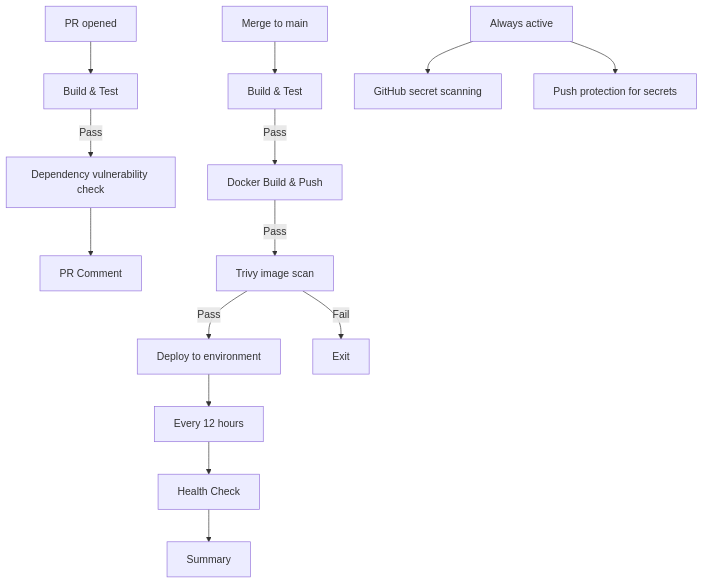
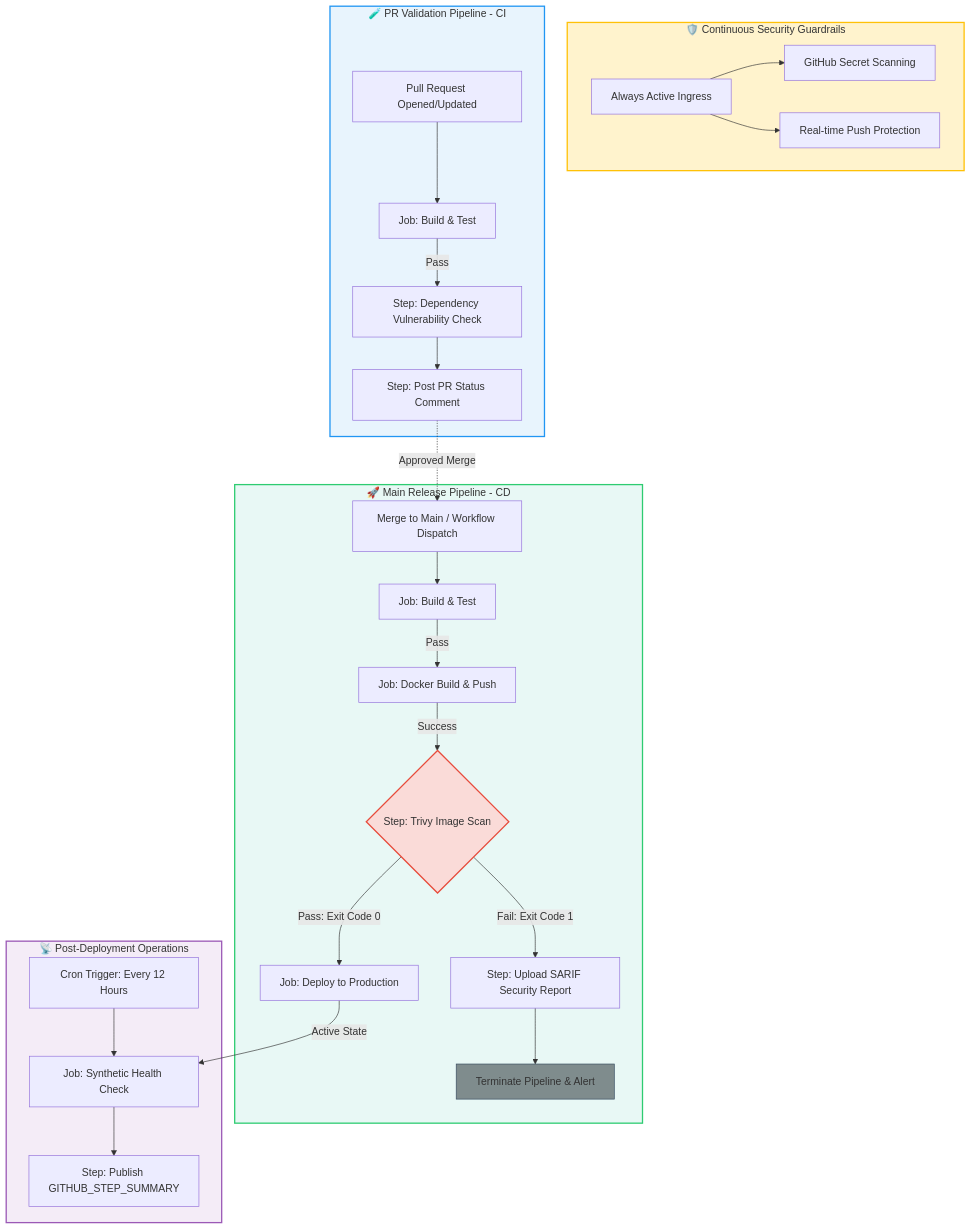
The diagram in 2026/day-49/day-49-devsecops.md (Amit5197/90DaysOfDevOps), drawn with Mermaid before and after one commit.

````diff
--- a/2026/day-49/day-49-devsecops.md
+++ b/2026/day-49/day-49-devsecops.md
@@ -183,19 +183,46 @@
 ```mermaid
 graph TD
-    A[PR opened] --> B[Build & Test]
-    B -->|Pass| C[Dependency vulnerability check]
-    C --> D[PR Comment]
-    
-    E[Merge to main] --> F[Build & Test]
-    F -->|Pass| G[Docker Build & Push]
-    G -->|Pass| H[Trivy image scan]
-    H -->|Pass| I[Deploy to environment]
-    H -->|Fail| J[Exit]
+    %% Subgraph 1: Global Platform Security (Always On)
+    subgraph Platform_Security ["🛡️ Continuous Security Guardrails"]
+        direction LR
+        N[Always Active Ingress] --> O[GitHub Secret Scanning]
+        N --> P[Real-time Push Protection]
+    end
 
-    I --> K[Every 12 hours]
-    K --> L[Health Check]
-    L --> M[Summary]
+    %% Subgraph 2: Pull Request Verification Pipeline
+    subgraph CI_Pipeline ["🧪 PR Validation Pipeline - CI"]
+        A[Pull Request Opened/Updated] --> B[Job: Build & Test]
+        B -->|Pass| C[Step: Dependency Vulnerability Check]
+        C --> D[Step: Post PR Status Comment]
+    end
 
-    N[Always active] --> O[GitHub secret scanning]
-    N --> P[Push protection for secrets]
+    %% Subgraph 3: Main Branch Deployment Pipeline
+    subgraph CD_Pipeline ["🚀 Main Release Pipeline - CD"]
+        E[Merge to Main / Workflow Dispatch] --> F[Job: Build & Test]
+        F -->|Pass| G[Job: Docker Build & Push]
+        G -->|Success| H{Step: Trivy Image Scan}
+        
+        %% Trivy Conditionals
+        H -->|Pass: Exit Code 0| I[Job: Deploy to Production]
+        H -->|Fail: Exit Code 1| J[Step: Upload SARIF Security Report]
+        J --> K[Terminate Pipeline & Alert]
+    end
+
+    %% Subgraph 4: Scheduled Maintenance & Operations
+    subgraph Ops_Pipeline ["📡 Post-Deployment Operations"]
+        L[Cron Trigger: Every 12 Hours] --> M[Job: Synthetic Health Check]
+        M --> Q[Step: Publish GITHUB_STEP_SUMMARY]
+    end
+
+    %% Cross-Pipeline Connections (Implicit Order)
+    D -.->|Approved Merge| E
+    I -->|Active State| M
+
+    %% Styling & Aesthetics
+    style Platform_Security fill:#fff3cd,stroke:#ffc107,stroke-width:2px;
+    style CI_Pipeline fill:#e8f4fd,stroke:#2196f3,stroke-width:2px;
+    style CD_Pipeline fill:#e8f8f5,stroke:#2ecc71,stroke-width:2px;
+    style Ops_Pipeline fill:#f4ecf7,stroke:#9b59b6,stroke-width:2px;
+    style H fill:#fadbd8,stroke:#e74c3c,stroke-width:2px;
+    style K fill:#7f8c8d,stroke:#34495e,stroke-width:1px;
 ```
````
